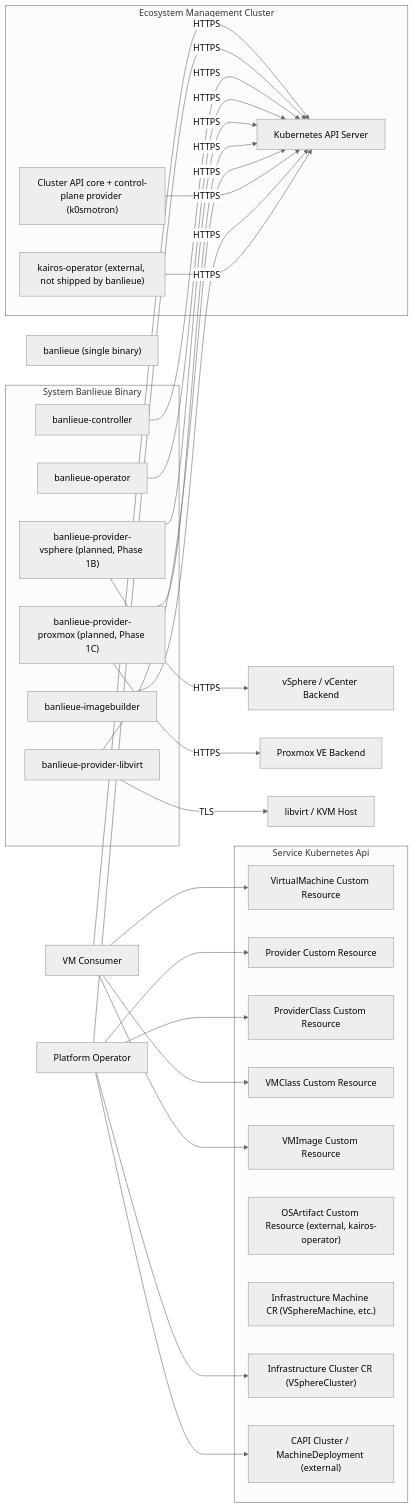
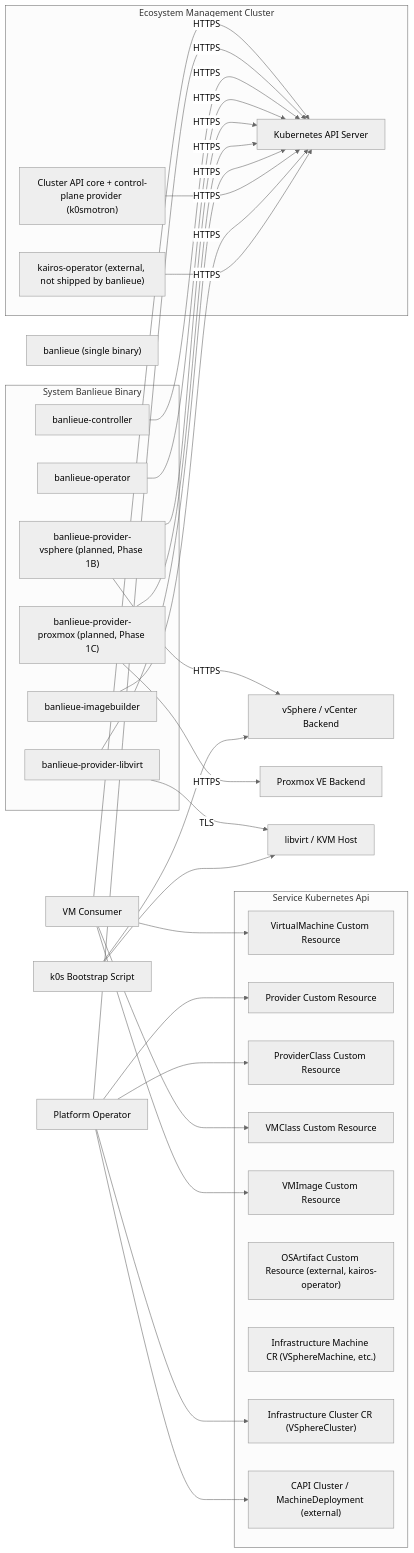
One commit to firestoned/banlieue changed the diagram in docs/src/architecture/system.md. Above: the diagram before and after it, drawn with Mermaid (neutral theme). The commit also changed 13 other files, not shown here.

````diff
--- a/docs/src/architecture/system.md
+++ b/docs/src/architecture/system.md
@@ -22,77 +22,80 @@
 ```mermaid
 flowchart LR
     actor-vm-consumer["VM Consumer"]
     actor-platform-operator["Platform Operator"]
     service-kubernetes-api["Kubernetes API Server"]
     service-banlieue-controller["banlieue-controller"]
     service-banlieue-operator["banlieue-operator"]
     service-provider-vsphere["banlieue-provider-vsphere (planned, Phase 1B)"]
     service-provider-proxmox["banlieue-provider-proxmox (planned, Phase 1C)"]
     service-provider-libvirt["banlieue-provider-libvirt"]
     service-banlieue-imagebuilder["banlieue-imagebuilder"]
     service-kairos-operator["kairos-operator (external, not shipped by banlieue)"]
     system-banlieue-binary["banlieue (single binary)"]
     network-vsphere-backend["vSphere / vCenter Backend"]
     network-proxmox-backend["Proxmox VE Backend"]
     network-libvirt-backend["libvirt / KVM Host"]
     data-asset-virtualmachine-cr["VirtualMachine Custom Resource"]
     data-asset-provider-cr["Provider Custom Resource"]
     data-asset-providerclass-cr["ProviderClass Custom Resource"]
     data-asset-vmclass-cr["VMClass Custom Resource"]
     data-asset-vmimage-cr["VMImage Custom Resource"]
     data-asset-osartifact-cr["OSArtifact Custom Resource (external, kairos-operator)"]
     data-asset-infra-machine-cr["Infrastructure Machine CR (VSphereMachine, etc.)"]
     data-asset-infra-cluster-cr["Infrastructure Cluster CR (VSphereCluster)"]
     data-asset-capi-cluster-cr["CAPI Cluster / MachineDeployment (external)"]
     service-capi-core["Cluster API core + control-plane provider (k0smotron)"]
+    system-k0s-bootstrap["k0s Bootstrap Script"]
     subgraph sg_system-banlieue-binary [System Banlieue Binary]
         service-banlieue-controller
         service-banlieue-operator
         service-provider-vsphere
         service-provider-proxmox
         service-provider-libvirt
         service-banlieue-imagebuilder
     end
     subgraph sg_ecosystem-management-cluster [Ecosystem Management Cluster]
         service-banlieue-controller
         service-banlieue-operator
         service-kubernetes-api
         service-capi-core
         service-provider-vsphere
         service-provider-proxmox
         service-provider-libvirt
         service-banlieue-imagebuilder
         service-kairos-operator
     end
     subgraph sg_service-kubernetes-api [Service Kubernetes Api]
         data-asset-virtualmachine-cr
         data-asset-provider-cr
         data-asset-providerclass-cr
         data-asset-vmclass-cr
         data-asset-vmimage-cr
         data-asset-osartifact-cr
         data-asset-infra-machine-cr
         data-asset-infra-cluster-cr
         data-asset-capi-cluster-cr
     end
     actor-vm-consumer --> data-asset-virtualmachine-cr
     actor-vm-consumer --> data-asset-vmclass-cr
     actor-vm-consumer --> data-asset-vmimage-cr
     actor-platform-operator --> data-asset-provider-cr
     actor-platform-operator --> data-asset-providerclass-cr
     actor-platform-operator --> data-asset-capi-cluster-cr
     actor-platform-operator --> data-asset-infra-cluster-cr
     actor-vm-consumer -->|HTTPS| service-kubernetes-api
     actor-platform-operator -->|HTTPS| service-kubernetes-api
     service-banlieue-controller -->|HTTPS| service-kubernetes-api
     service-banlieue-operator -->|HTTPS| service-kubernetes-api
     service-provider-vsphere -->|HTTPS| service-kubernetes-api
     service-provider-proxmox -->|HTTPS| service-kubernetes-api
     service-provider-libvirt -->|HTTPS| service-kubernetes-api
     service-capi-core -->|HTTPS| service-kubernetes-api
     service-banlieue-imagebuilder -->|HTTPS| service-kubernetes-api
     service-kairos-operator -->|HTTPS| service-kubernetes-api
     service-provider-vsphere -->|HTTPS| network-vsphere-backend
     service-provider-proxmox -->|HTTPS| network-proxmox-backend
     service-provider-libvirt -->|TLS| network-libvirt-backend
+    system-k0s-bootstrap --> network-vsphere-backend
+    system-k0s-bootstrap --> network-libvirt-backend
 ```
````
